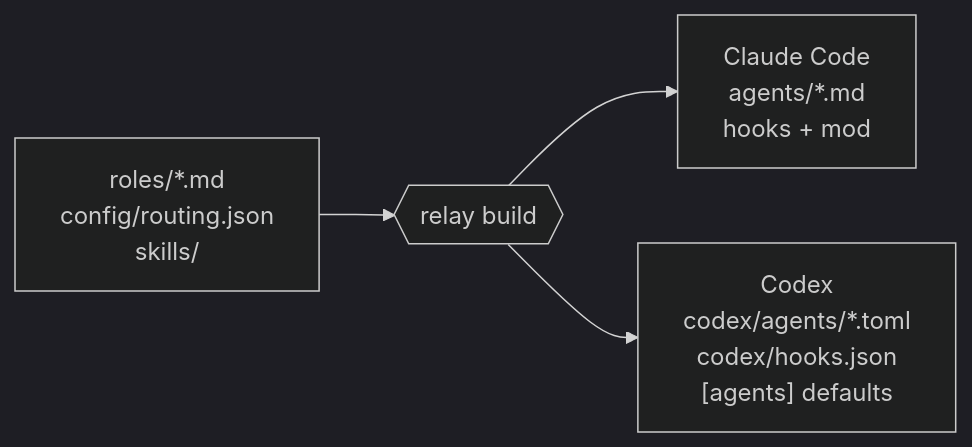
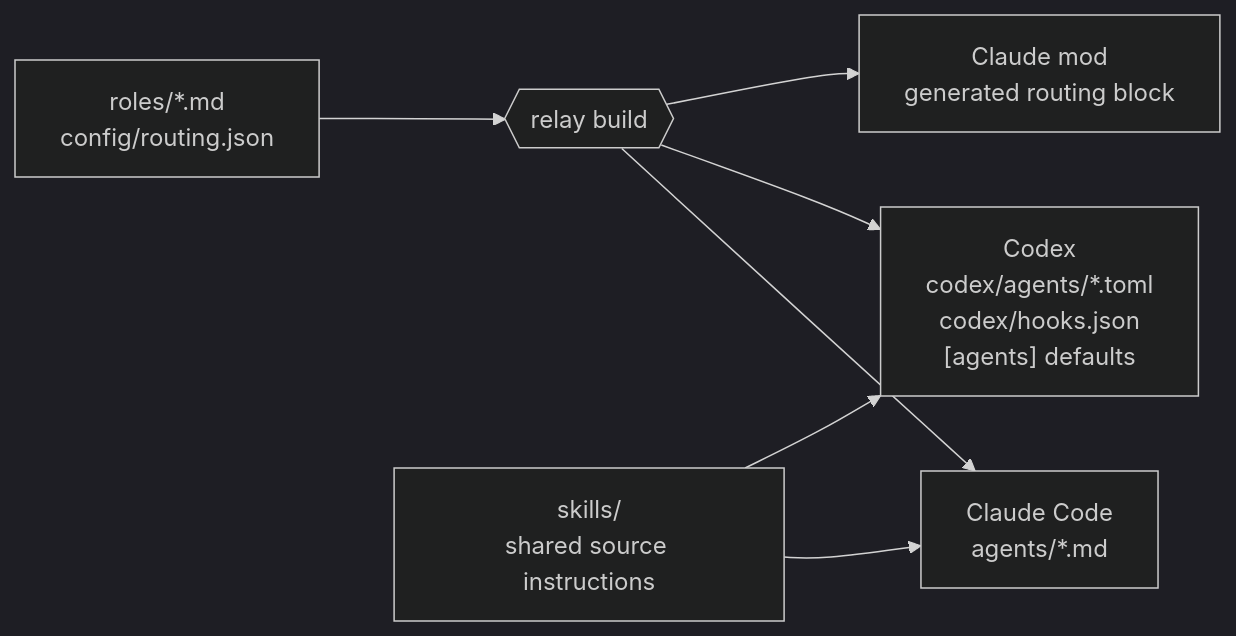
Diagram 13 of 15 in README.md (cube-digital/relay), drawn with Mermaid (dark theme) before and after one commit. The commit also changed other lines of this file and 85 other files, not shown here.

First line of the commit message:
feat: add research roles and shared STE guidance

````diff
--- a/README.md
+++ b/README.md
@@ -386,6 +415,8 @@
 ```mermaid
 flowchart LR
-    src["roles/*.md<br/>config/routing.json<br/>skills/"] --> build{{"relay build"}}
-    build --> cc["Claude Code<br/>agents/*.md<br/>hooks + mod"]
+    src["roles/*.md<br/>config/routing.json"] --> build{{"relay build"}}
+    build --> cc["Claude Code<br/>agents/*.md"]
     build --> cx["Codex<br/>codex/agents/*.toml<br/>codex/hooks.json<br/>[agents] defaults"]
+    build --> mod["Claude mod<br/>generated routing block"]
+    skills["skills/<br/>shared source instructions"] --> cc & cx
 ```
````
